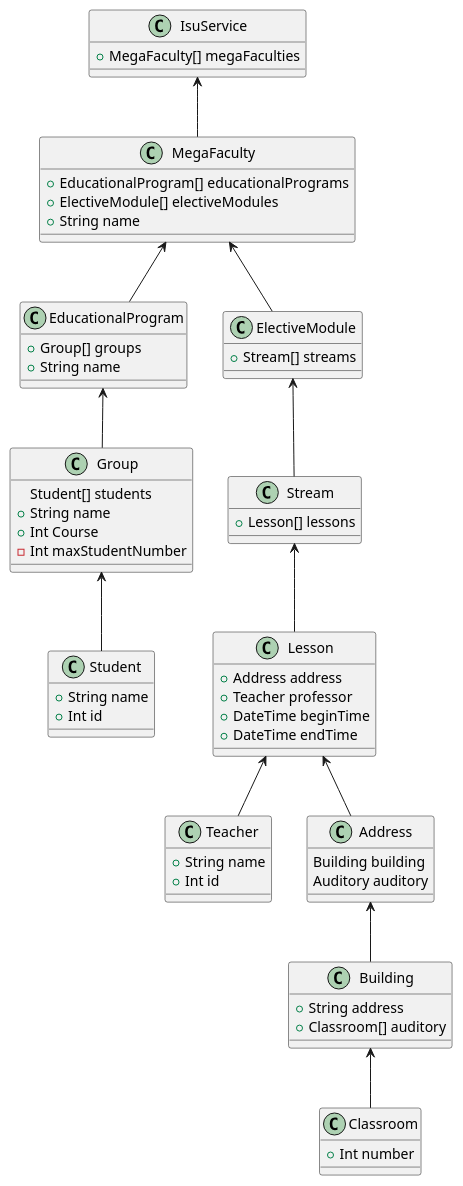
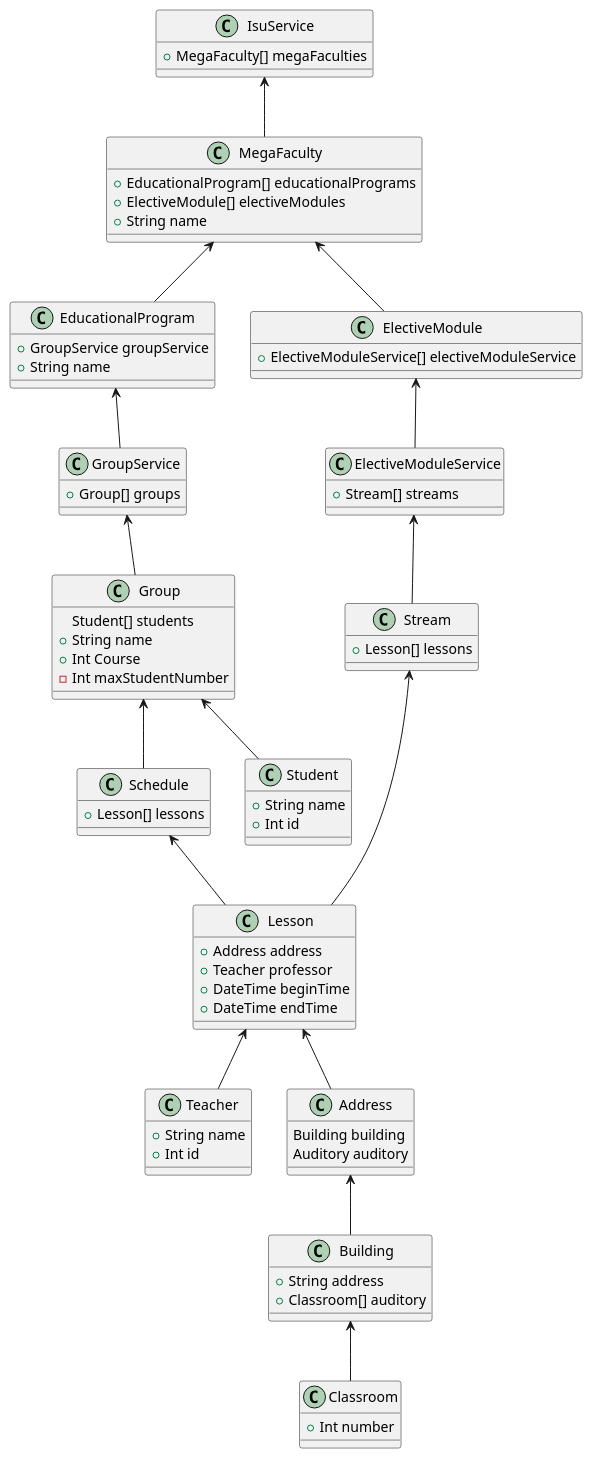
Before and after one commit to kosne1/misha-kutuzov: the diagram in IsuExtra/UML/Design.puml, drawn with PlantUML. The commit also changed 21 other files, not shown here.

```diff
--- a/IsuExtra/UML/Design.puml
+++ b/IsuExtra/UML/Design.puml
@@ -1,76 +1,92 @@
 @startuml
 
 class IsuService{
 + MegaFaculty[] megaFaculties
+}
+
+class GroupService{
++ Group[] groups
+}
+
+class ElectiveModuleService{
++ Stream[] streams
+}
+
+class Schedule{
++ Lesson[] lessons
 }
 
 class MegaFaculty {
 + EducationalProgram[] educationalPrograms
 + ElectiveModule[] electiveModules
 + String name
 }
 
 class EducationalProgram {
-+ Group[] groups
++ GroupService groupService
 + String name
 }
 
 class ElectiveModule {
-+ Stream[] streams
++ ElectiveModuleService[] electiveModuleService
 }
 
 class Group{
 Student[] students
 + String name
 + Int Course
 - Int maxStudentNumber
 }
 
 class Student{
 + String name
 + Int id
 }
 
 class Stream{
 + Lesson[] lessons
 }
 
 class Lesson{
 + Address address
 + Teacher professor
 + DateTime beginTime
 + DateTime endTime
 }
 
 class Building{
 + String address
 + Classroom[] auditory
 }
 
 class Classroom{
 + Int number
 }
 
 class Teacher{
 + String name
 + Int id
 }
 
 class Address{
 Building building
 Auditory auditory
 }
 
 IsuService <-- MegaFaculty
 MegaFaculty <-- ElectiveModule
 MegaFaculty <-- EducationalProgram
-EducationalProgram <-- Group
+EducationalProgram <-- GroupService
+GroupService <-- Group
 Group <-- Student
+Group <-- Schedule
+Schedule <-- Lesson
 
-ElectiveModule <-- Stream
+ElectiveModule <-- ElectiveModuleService
+ElectiveModuleService <-- Stream
 Stream <-- Lesson
 Lesson <-- Address
 Lesson <-- Teacher
 Building <-- Classroom
 Address <-- Building
 @enduml
```
